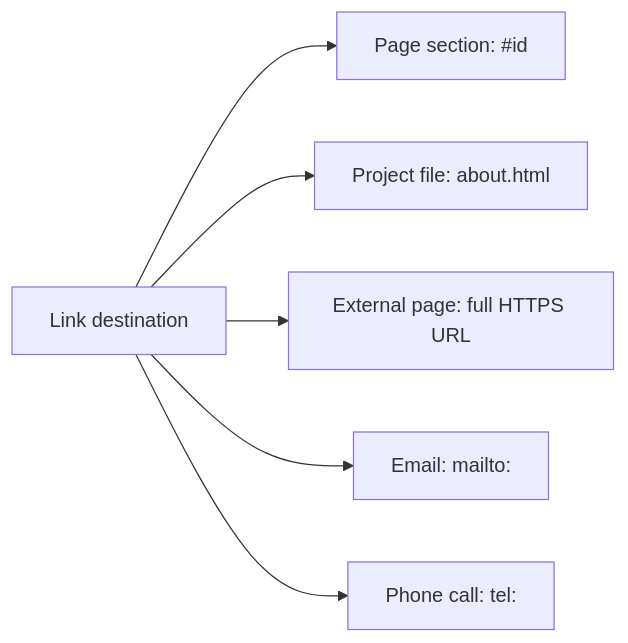
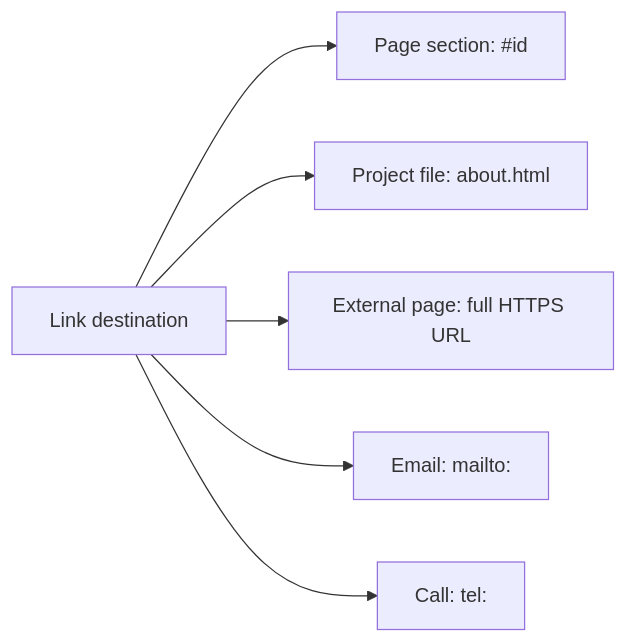
The second of 2 diagrams in HTML/Lesson-3/en/Links and navigation.md (JLearn-space/JLearn-docs), drawn with Mermaid before and after one commit. The commit also changed other lines of this file and 148 other files, not shown here.

````diff
--- a/HTML/Lesson-3/en/Links and navigation.md
+++ b/HTML/Lesson-3/en/Links and navigation.md
@@ -139,8 +249,8 @@
 ```mermaid
 flowchart LR
     A["Link destination"] --> B["Page section: #id"]
     A --> C["Project file: about.html"]
     A --> D["External page: full HTTPS URL"]
     A --> E["Email: mailto:"]
-    A --> F["Phone call: tel:"]
+    A --> F["Call: tel:"]
 ```
````
